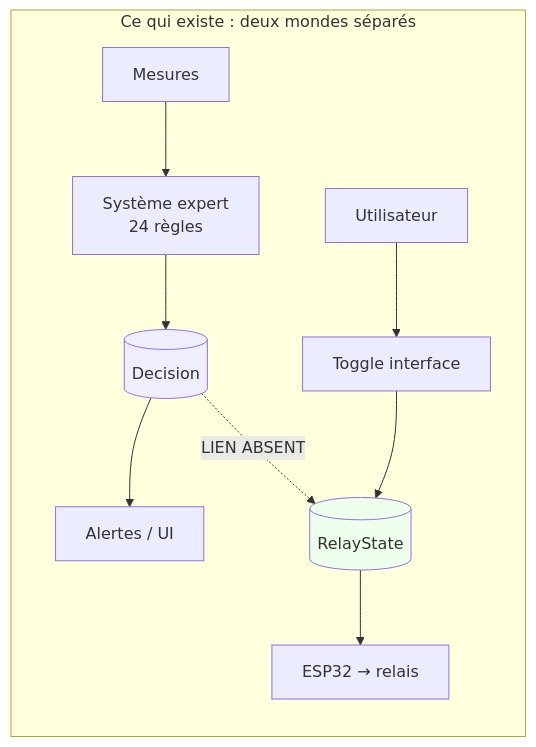
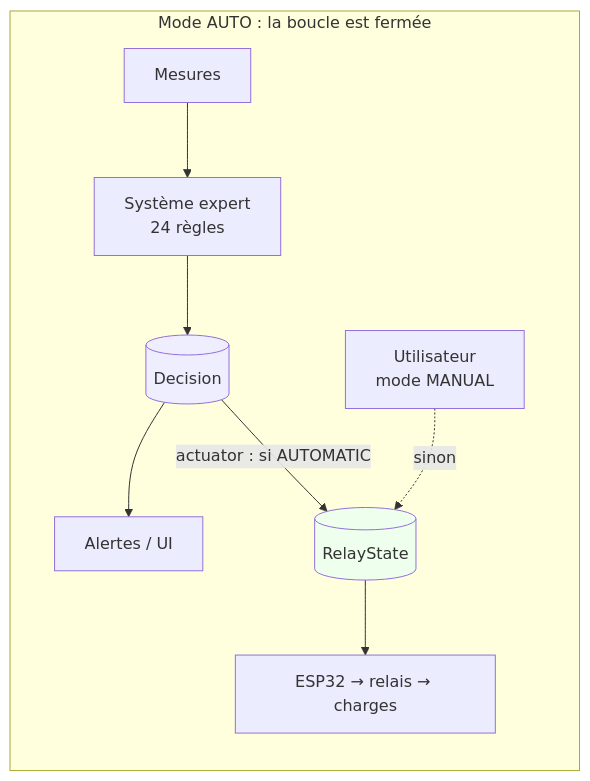
One commit to kevinManda17/energyMS changed the seventh of 9 diagrams in docs/architecture-complete-et-perspectives.md. Above: the diagram before and after it, drawn with Mermaid. The commit also changed other lines of this file and 20 other files, not shown here.

````diff
--- a/docs/architecture-complete-et-perspectives.md
+++ b/docs/architecture-complete-et-perspectives.md
@@ -370,15 +379,14 @@
 ```mermaid
 flowchart LR
-    subgraph "Ce qui existe : deux mondes séparés"
+    subgraph "Mode AUTO : la boucle est fermée"
         direction TB
         M[Mesures] --> FUZ[Système expert<br/>24 règles]
         FUZ --> DEC[(Decision)]
         DEC --> AL[Alertes / UI]
-        U[Utilisateur] --> UI[Toggle interface]
-        UI --> RS[(RelayState)]
-        RS --> ESP[ESP32 → relais]
-        DEC -.->|LIEN ABSENT| RS
+        DEC -->|"actuator : si AUTOMATIC"| RS[(RelayState)]
+        U[Utilisateur<br/>mode MANUAL] -.->|sinon| RS
+        RS --> ESP[ESP32 → relais → charges]
     end
     style DEC fill:#eef
     style RS fill:#efe
 ```
````
